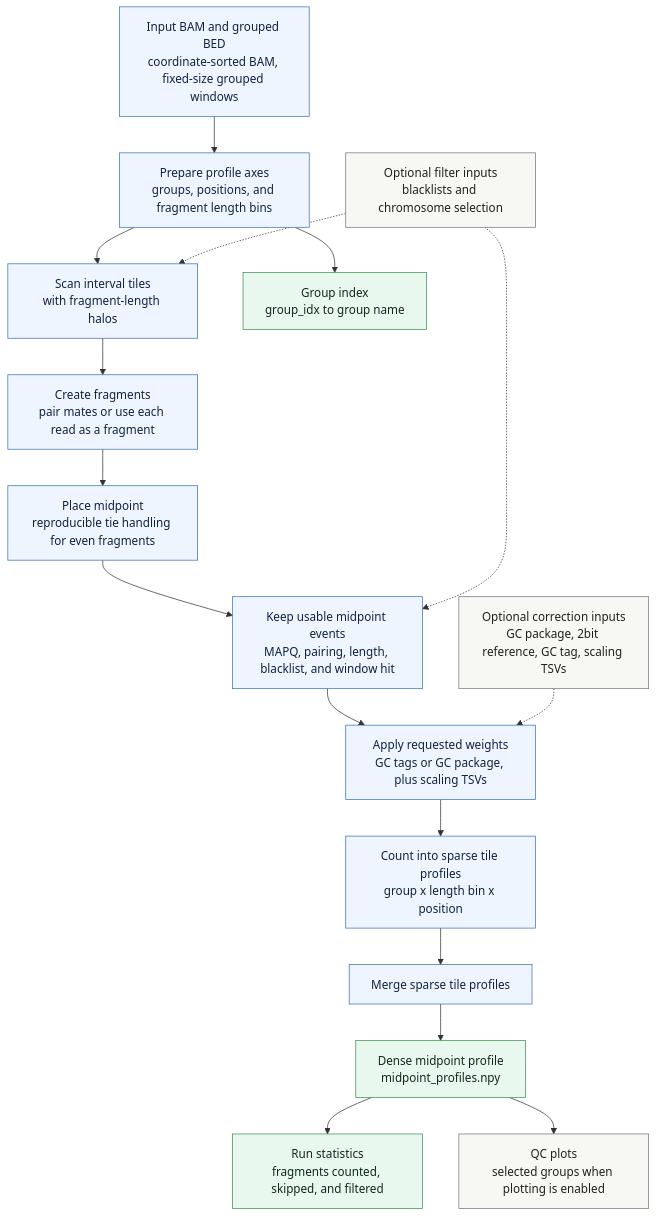
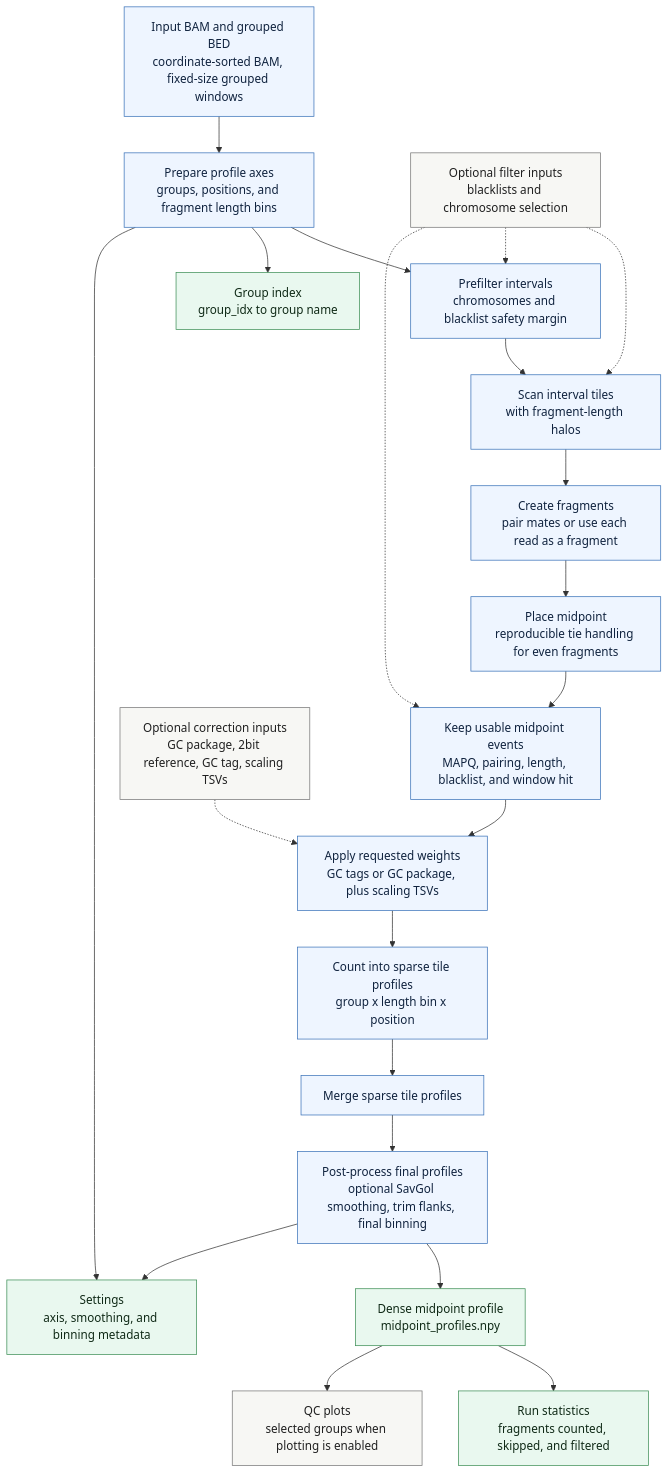
One commit to BesenbacherLab/cfDNAlab changed the diagram in .AI/docs/command_pipelines/midpoints.md. Above: the diagram before and after it, drawn with Mermaid. The commit also changed other lines of this file and 22 other files, not shown here.

Commit message:
Adds savgol smoothing and binning and interval blacklisting in midpoints

````diff
--- a/.AI/docs/command_pipelines/midpoints.md
+++ b/.AI/docs/command_pipelines/midpoints.md
@@ -7,35 +7,41 @@
 ```mermaid
 flowchart TD
     inputs["Input BAM and grouped BED<br/>coordinate-sorted BAM, fixed-size grouped windows"]
     setup["Prepare profile axes<br/>groups, positions, and fragment length bins"]
+    interval_filter["Prefilter intervals<br/>chromosomes and blacklist safety margin"]
     tiles["Scan interval tiles<br/>with fragment-length halos"]
     fragments["Create fragments<br/>pair mates or use each read as a fragment"]
     midpoint["Place midpoint<br/>reproducible tie handling for even fragments"]
     filters["Keep usable midpoint events<br/>MAPQ, pairing, length, blacklist, and window hit"]
     weights["Apply requested weights<br/>GC tags or GC package, plus scaling TSVs"]
     count["Count into sparse tile profiles<br/>group x length bin x position"]
     merge["Merge sparse tile profiles"]
+    postprocess["Post-process final profiles<br/>optional SavGol smoothing, trim flanks, final binning"]
     profile["Dense midpoint profile<br/>midpoint_profiles.npy"]
     group_index["Group index<br/>group_idx to group name"]
+    settings["Settings<br/>axis, smoothing, and binning metadata"]
     plots["QC plots<br/>selected groups when plotting is enabled"]
     stats["Run statistics<br/>fragments counted, skipped, and filtered"]
 
     correction_inputs["Optional correction inputs<br/>GC package, 2bit reference, GC tag, scaling TSVs"]
     filter_inputs["Optional filter inputs<br/>blacklists and chromosome selection"]
 
-    inputs --> setup --> tiles --> fragments --> midpoint --> filters --> weights --> count --> merge --> profile --> stats
+    inputs --> setup --> interval_filter --> tiles --> fragments --> midpoint --> filters --> weights --> count --> merge --> postprocess --> profile --> stats
     setup --> group_index
+    setup --> settings
+    postprocess --> settings
     profile --> plots
 
     correction_inputs -.-> weights
     filter_inputs -.-> tiles
+    filter_inputs -.-> interval_filter
     filter_inputs -.-> filters
 
     classDef core fill:#eef5ff,stroke:#3b73b9,color:#10233f;
     classDef optional fill:#f7f7f4,stroke:#777,color:#202020;
     classDef outputClass fill:#e9f8ef,stroke:#3e8f57,color:#102a17;
 
-    class inputs,setup,tiles,fragments,midpoint,filters,weights,count,merge core;
+    class inputs,setup,interval_filter,tiles,fragments,midpoint,filters,weights,count,merge,postprocess core;
     class correction_inputs,filter_inputs,plots optional;
-    class profile,group_index,stats outputClass;
+    class profile,group_index,settings,stats outputClass;
 ```
````
